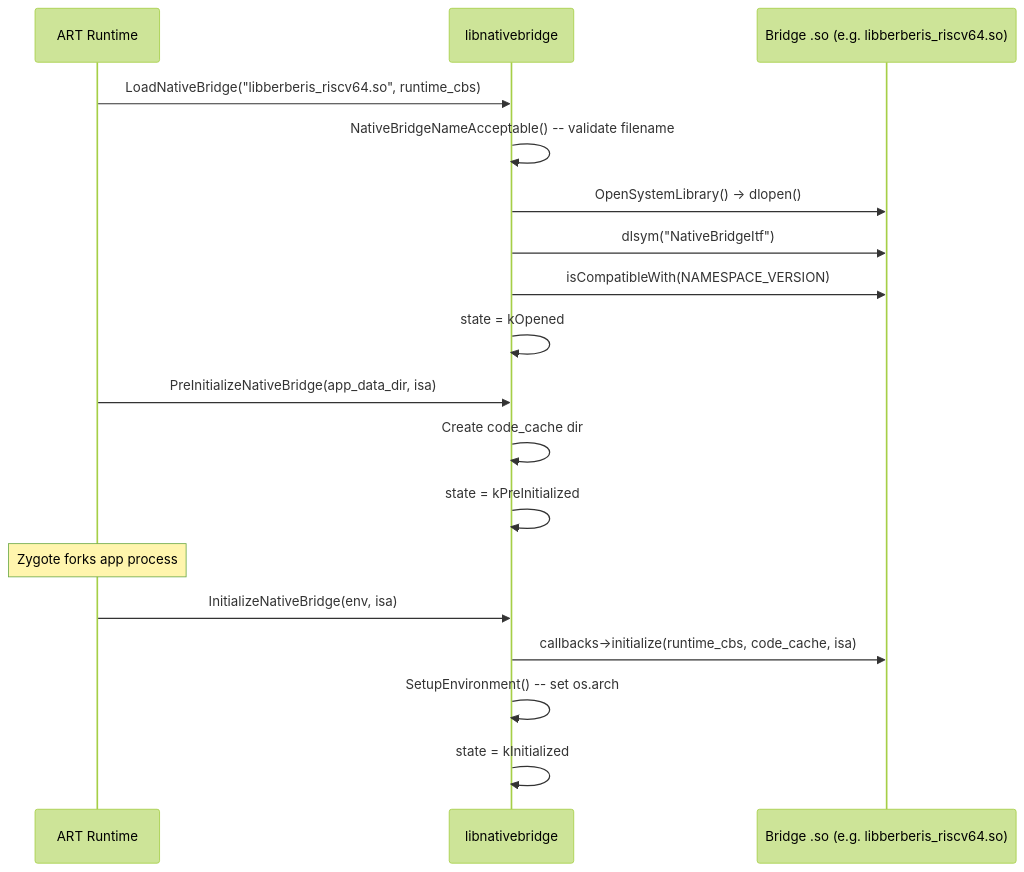
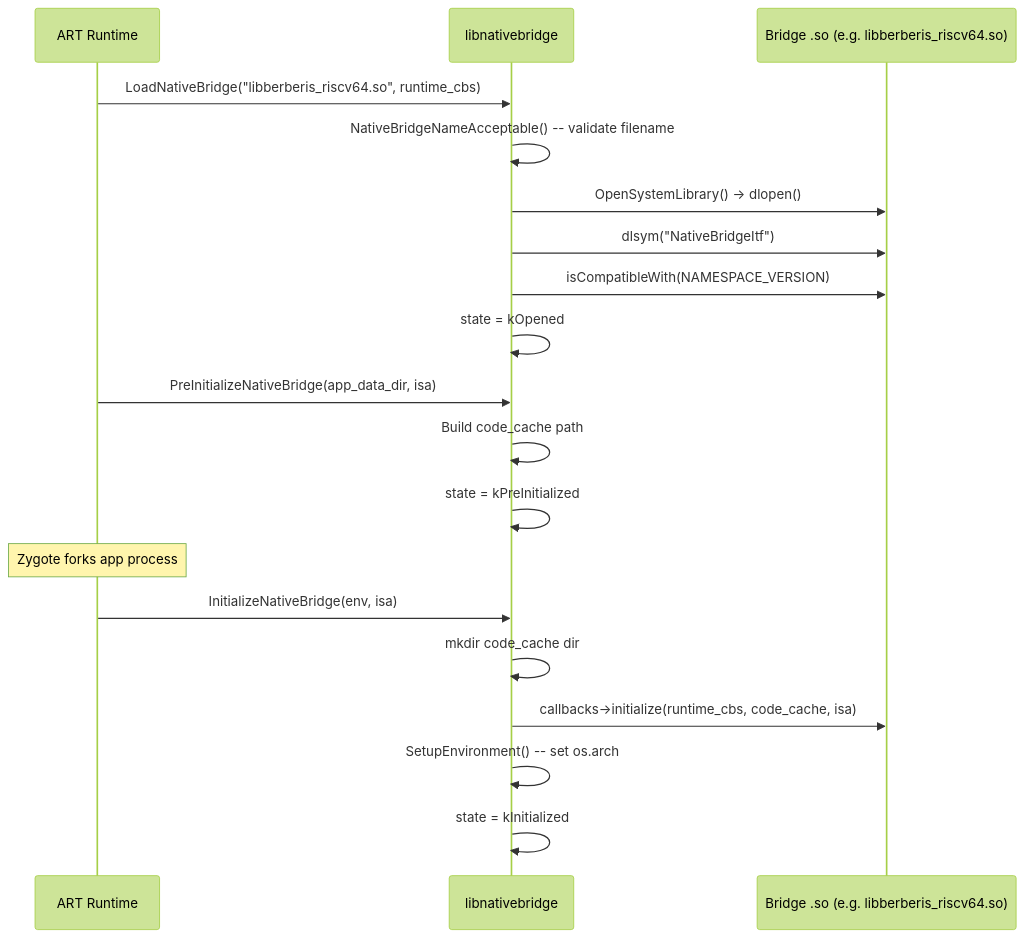
Before and after one commit to aospbooks/aosp-internal-book: the second of 13 diagrams in agents/claude/skills/aosp-runtime/19-native-bridge.md, drawn with Mermaid (forest theme). The commit also changed other lines of this file and 218 other files, not shown here.

````diff
--- a/agents/claude/skills/aosp-runtime/19-native-bridge.md
+++ b/agents/claude/skills/aosp-runtime/19-native-bridge.md
@@ -216,24 +216,25 @@
 ```mermaid
 sequenceDiagram
     participant ART as ART Runtime
     participant NB as libnativebridge
     participant Bridge as Bridge .so (e.g. libberberis_riscv64.so)
 
     ART->>NB: LoadNativeBridge("libberberis_riscv64.so", runtime_cbs)
     NB->>NB: NativeBridgeNameAcceptable() -- validate filename
     NB->>Bridge: OpenSystemLibrary() → dlopen()
     NB->>Bridge: dlsym("NativeBridgeItf")
     NB->>Bridge: isCompatibleWith(NAMESPACE_VERSION)
     NB->>NB: state = kOpened
 
     ART->>NB: PreInitializeNativeBridge(app_data_dir, isa)
-    NB->>NB: Create code_cache dir
+    NB->>NB: Build code_cache path
     NB->>NB: state = kPreInitialized
 
     Note over ART: Zygote forks app process
 
     ART->>NB: InitializeNativeBridge(env, isa)
+    NB->>NB: mkdir code_cache dir
     NB->>Bridge: callbacks->initialize(runtime_cbs, code_cache, isa)
     NB->>NB: SetupEnvironment() -- set os.arch
     NB->>NB: state = kInitialized
 ```
````
